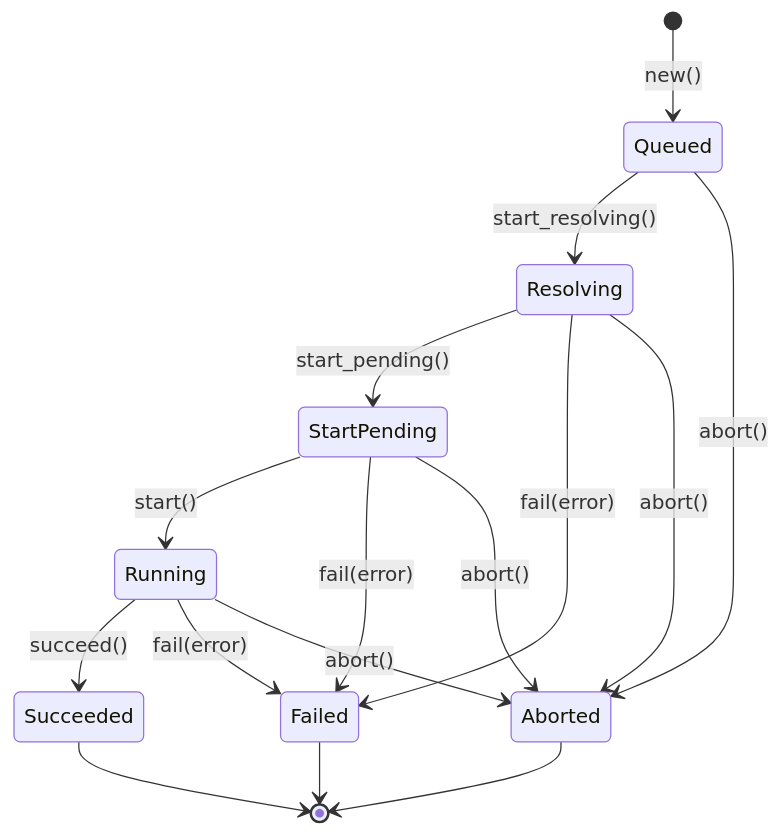
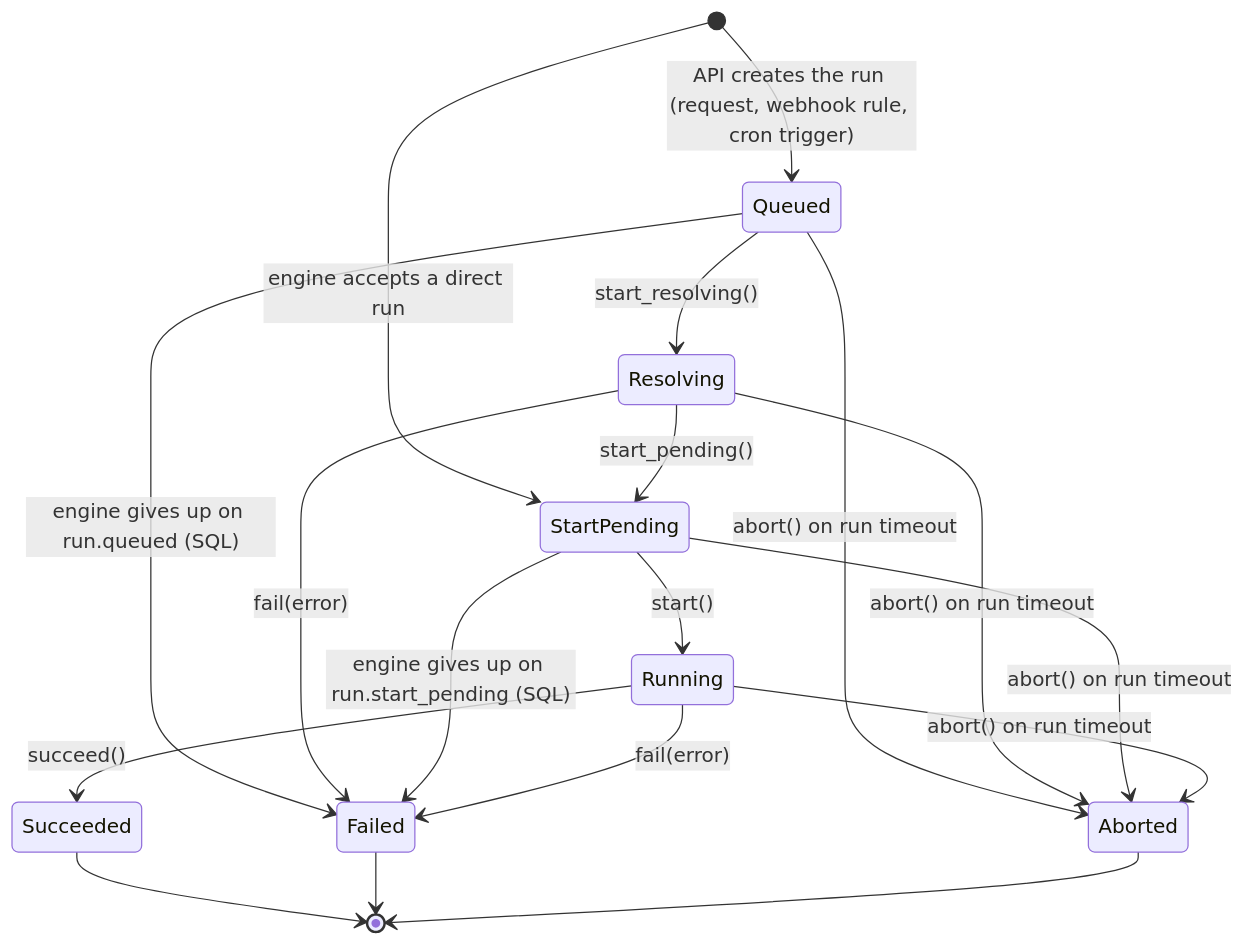
Before and after one commit to paninfracon/stormchaser: the diagram in docs/workflow_machine.mmd, drawn with Mermaid. The commit also changed 74 other files, not shown here.

```diff
--- a/docs/workflow_machine.mmd
+++ b/docs/workflow_machine.mmd
@@ -1,21 +1,23 @@
 stateDiagram-v2
-    [*] --> Queued: new()
+    [*] --> Queued: API creates the run (request, webhook rule, cron trigger)
+    [*] --> StartPending: engine accepts a direct run
 
     Queued --> Resolving: start_resolving()
-    Queued --> Aborted: abort()
+    Queued --> Failed: engine gives up on run.queued (SQL)
+    Queued --> Aborted: abort() on run timeout
 
     Resolving --> StartPending: start_pending()
     Resolving --> Failed: fail(error)
-    Resolving --> Aborted: abort()
+    Resolving --> Aborted: abort() on run timeout
 
     StartPending --> Running: start()
-    StartPending --> Failed: fail(error)
-    StartPending --> Aborted: abort()
+    StartPending --> Failed: engine gives up on run.start_pending (SQL)
+    StartPending --> Aborted: abort() on run timeout
 
     Running --> Succeeded: succeed()
     Running --> Failed: fail(error)
-    Running --> Aborted: abort()
+    Running --> Aborted: abort() on run timeout
 
     Succeeded --> [*]
     Failed --> [*]
     Aborted --> [*]
```
